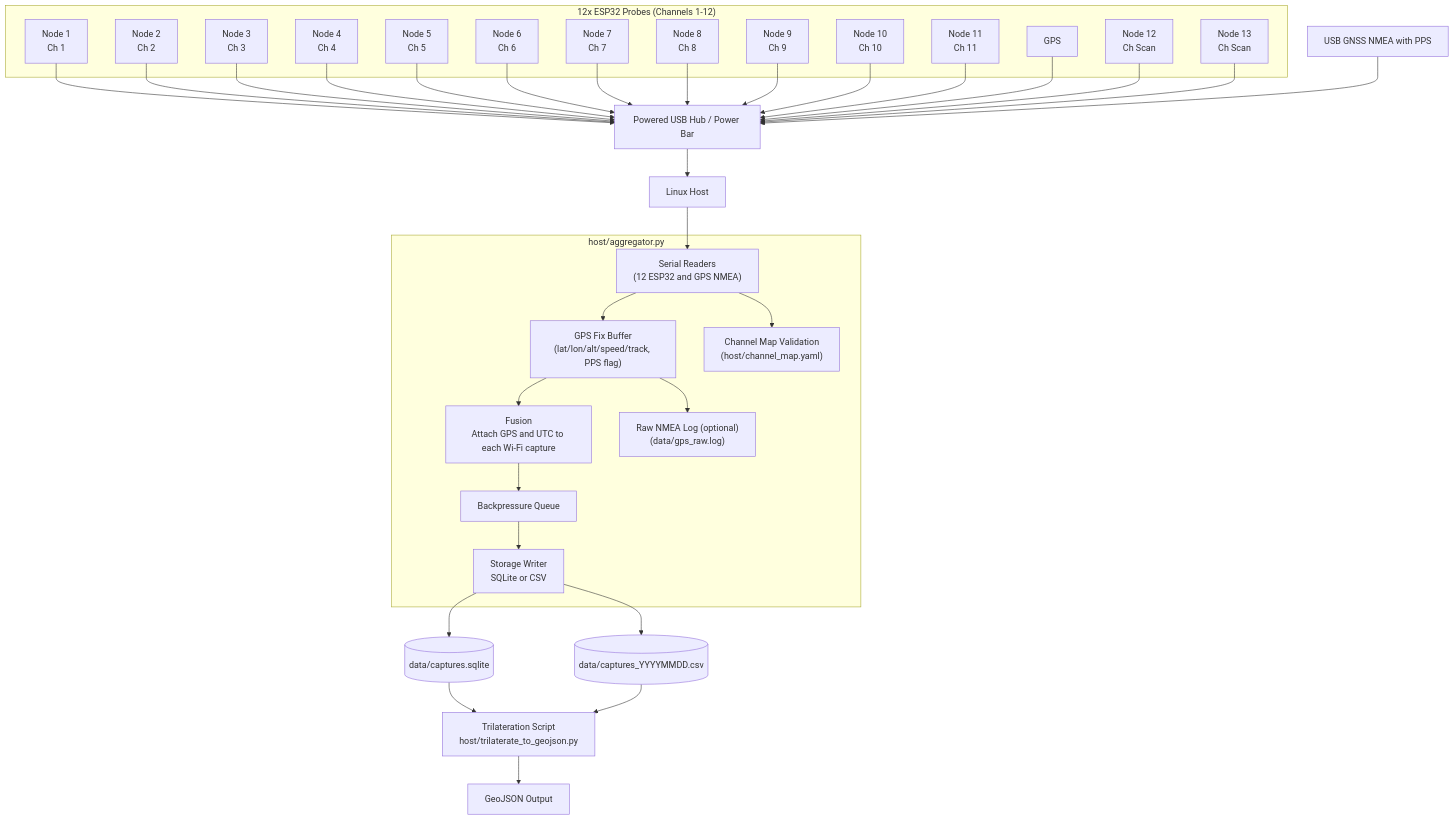
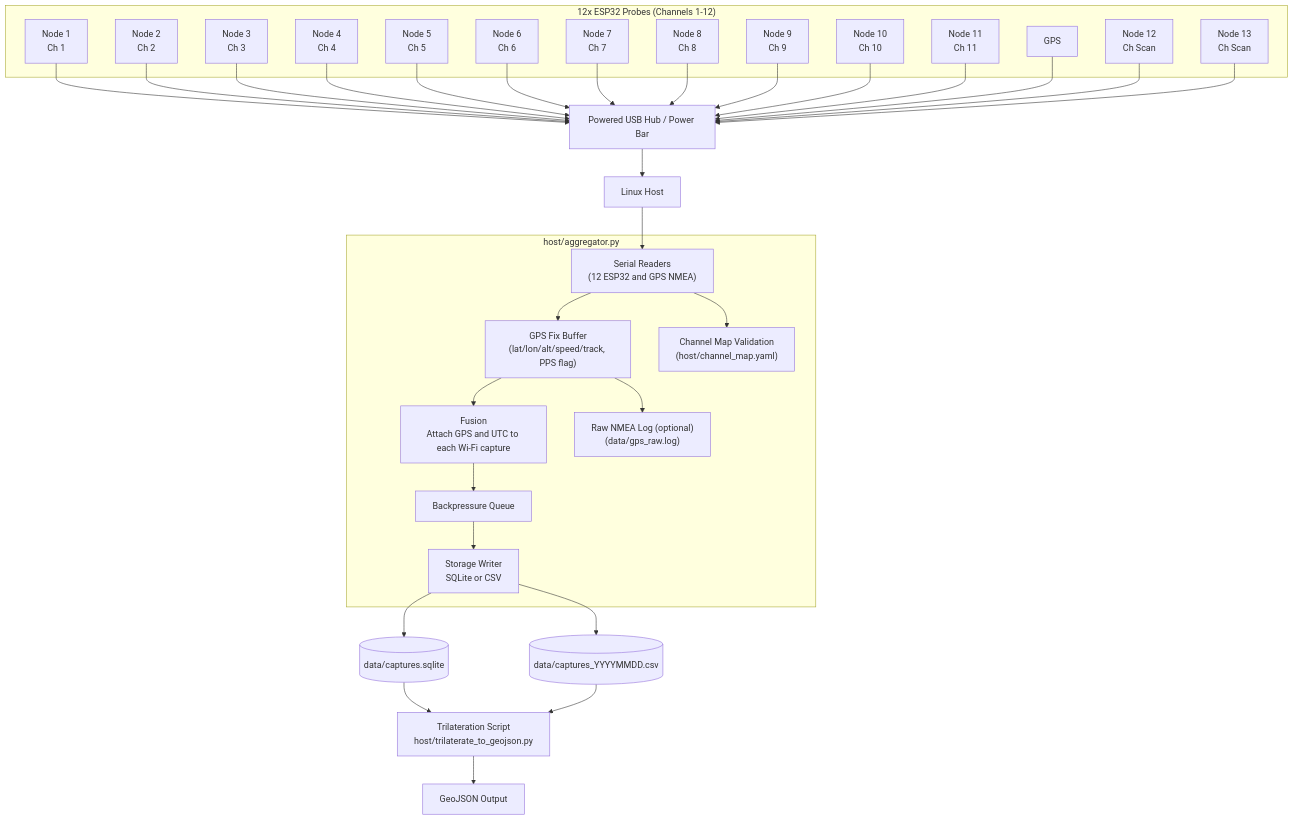
Before and after one commit to sbejarano/WiFi_Promiscuous: the first of 2 diagrams in Readme.md, drawn with Mermaid.

````diff
--- a/Readme.md
+++ b/Readme.md
@@ -42,71 +42,71 @@
 ```mermaid
 flowchart TB
     %% --- Probes ---
     subgraph ESP32_Probes["12x ESP32 Probes (Channels 1-12)"]
         P1["Node 1<br/>Ch 1"]
         P2["Node 2<br/>Ch 2"]
         P3["Node 3<br/>Ch 3"]
         P4["Node 4<br/>Ch 4"]
         P5["Node 5<br/>Ch 5"]
         P6["Node 6<br/>Ch 6"]
         P7["Node 7<br/>Ch 7"]
         P8["Node 8<br/>Ch 8"]
         P9["Node 9<br/>Ch 9"]
         P10["Node 10<br/>Ch 10"]
         P11["Node 11<br/>Ch 11"]
         P12["GPS"]
         P13["Node 12<br/>Ch Scan"]
         P14["Node 13<br/>Ch Scan"]
     end
 
     HUB[Powered USB Hub / Power Bar]
     HOST[Linux Host]
-    G["USB GNSS NMEA with PPS"]
+    
 
     P1 --> HUB
     P2 --> HUB
     P3 --> HUB
     P4 --> HUB
     P5 --> HUB
     P6 --> HUB
     P7 --> HUB
     P8 --> HUB
     P9 --> HUB
     P10 --> HUB
     P11 --> HUB
     P12 --> HUB
     P13 --> HUB
     P14--> HUB
     HUB --> HOST
-    G --> HUB
+  
 
     %% --- Aggregator internals ---
     subgraph Aggregator["host/aggregator.py"]
         S1["Serial Readers<br/>(12 ESP32 and GPS NMEA)"]
         S2["GPS Fix Buffer<br/>(lat/lon/alt/speed/track, PPS flag)"]
         S3["Fusion<br/>Attach GPS and UTC to each Wi-Fi capture"]
         S4["Backpressure Queue"]
         S5["Storage Writer<br/>SQLite or CSV"]
         S6["Raw NMEA Log (optional)<br/>(data/gps_raw.log)"]
         S7["Channel Map Validation<br/>(host/channel_map.yaml)"]
     end
 
     HOST --> S1
     S1 --> S2
     S2 --> S3
     S3 --> S4
     S4 --> S5
     S2 --> S6
     S1 --> S7
 
     DB[(data/captures.sqlite)]
     CSV[(data/captures_YYYYMMDD.csv)]
     T[Trilateration Script<br/>host/trilaterate_to_geojson.py]
     GEO[GeoJSON Output]
 
     S5 --> DB
     S5 --> CSV
     DB --> T
     CSV --> T
     T --> GEO
 ```
````
